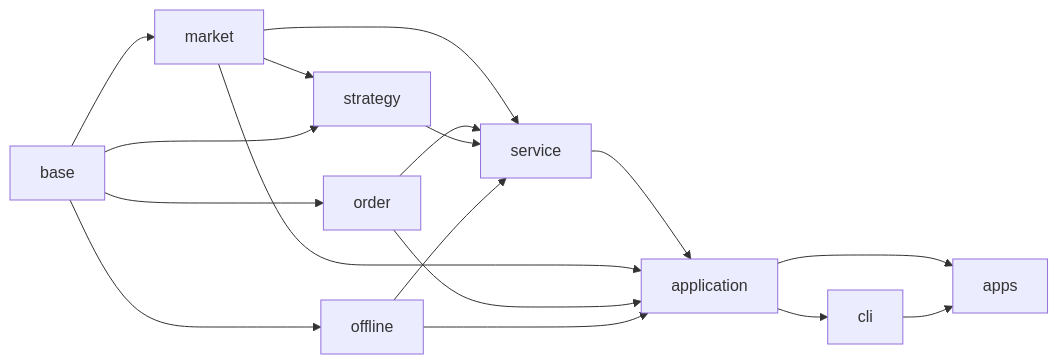
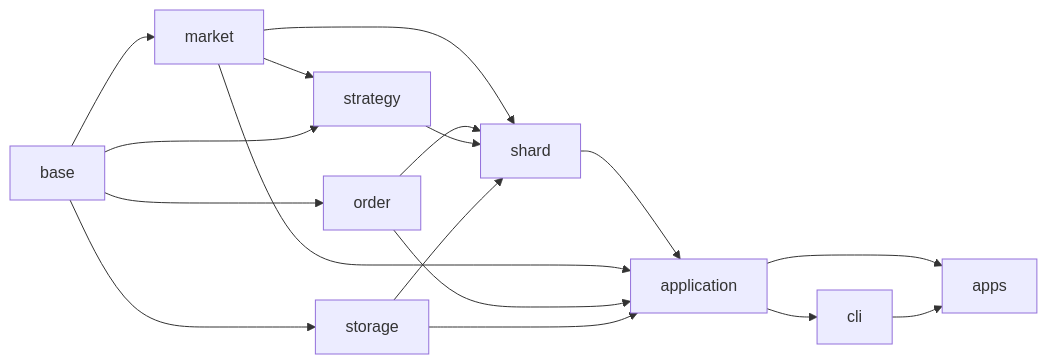
The diagram in docs/STRUCTURE_AND_TYPES.md (larrystd/hbot-quant), drawn with Mermaid before and after one commit. The commit also changed other lines of this file and 12 other files, not shown here.

````diff
--- a/docs/STRUCTURE_AND_TYPES.md
+++ b/docs/STRUCTURE_AND_TYPES.md
@@ -63,19 +63,19 @@
 ```mermaid
 flowchart LR
     BASE["base"] --> MARKET["market"]
     BASE --> ORDER["order"]
-    BASE --> OFFLINE["offline"]
+    BASE --> STORAGE["storage"]
     MARKET --> STRATEGY["strategy"]
     BASE --> STRATEGY
-    MARKET --> SERVICE["service"]
-    ORDER --> SERVICE
-    STRATEGY --> SERVICE
-    OFFLINE --> SERVICE
-    SERVICE --> APPLICATION["application"]
+    MARKET --> SHARD["shard"]
+    ORDER --> SHARD
+    STRATEGY --> SHARD
+    STORAGE --> SHARD
+    SHARD --> APPLICATION["application"]
     MARKET --> APPLICATION
     ORDER --> APPLICATION
-    OFFLINE --> APPLICATION
+    STORAGE --> APPLICATION
     APPLICATION --> APPS["apps"]
     APPLICATION --> CLI["cli"]
     CLI --> APPS
 ```
````
